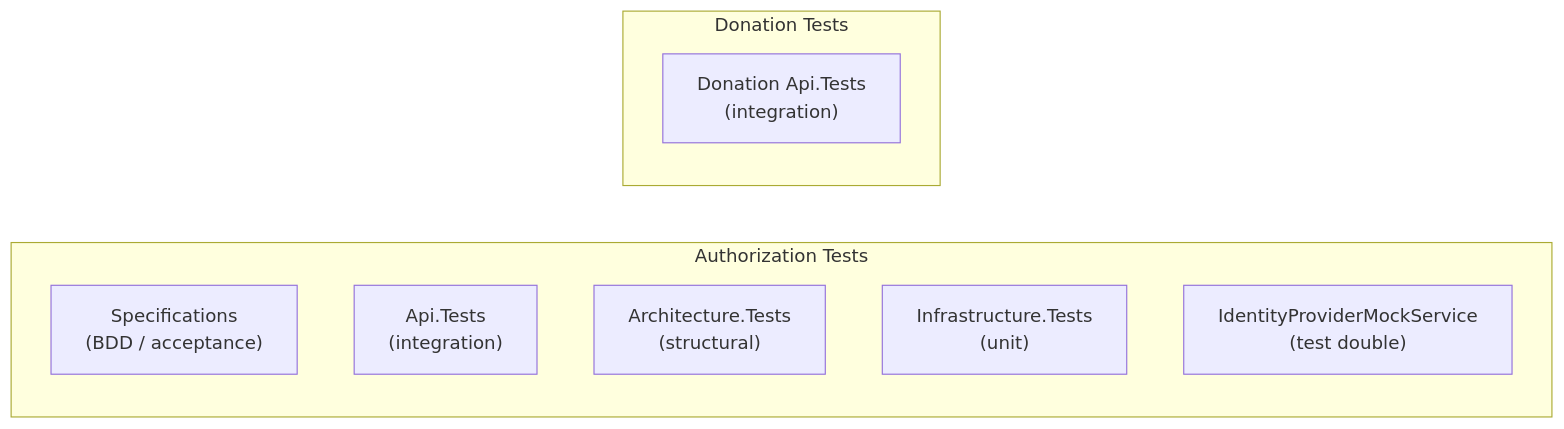
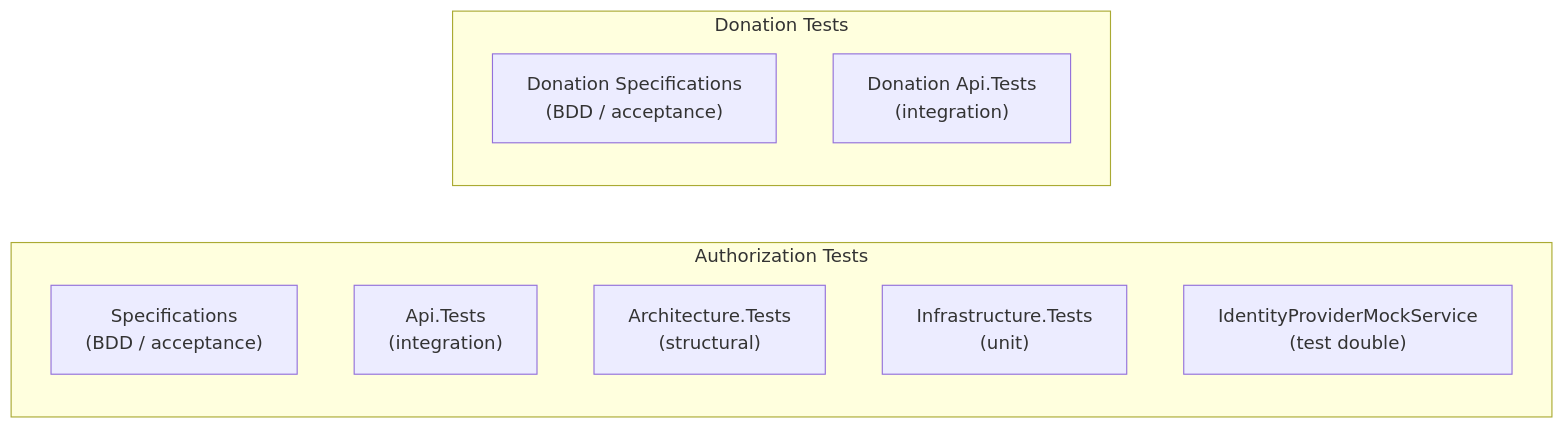
Before and after one commit to wouterfennis/TimeForCode: the diagram in docs/current/testing.md, drawn with Mermaid. The commit also changed other lines of this file and 38 other files, not shown here.

````diff
--- a/docs/current/testing.md
+++ b/docs/current/testing.md
@@ -13,14 +13,15 @@
 ```mermaid
 graph LR
     subgraph Authorization Tests
         SpecTests["Specifications\n(BDD / acceptance)"]
         ApiTests["Api.Tests\n(integration)"]
         ArchTests["Architecture.Tests\n(structural)"]
         InfraTests["Infrastructure.Tests\n(unit)"]
         IdpMock["IdentityProviderMockService\n(test double)"]
     end
 
     subgraph Donation Tests
+        DonSpecTests["Donation Specifications\n(BDD / acceptance)"]
         DonApiTests["Donation Api.Tests\n(integration)"]
     end
 ```
````
